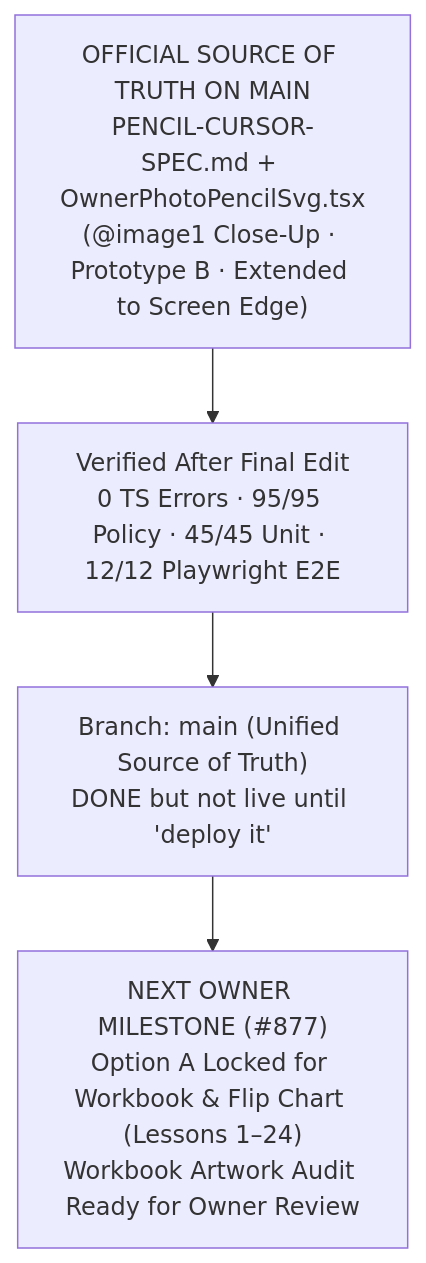
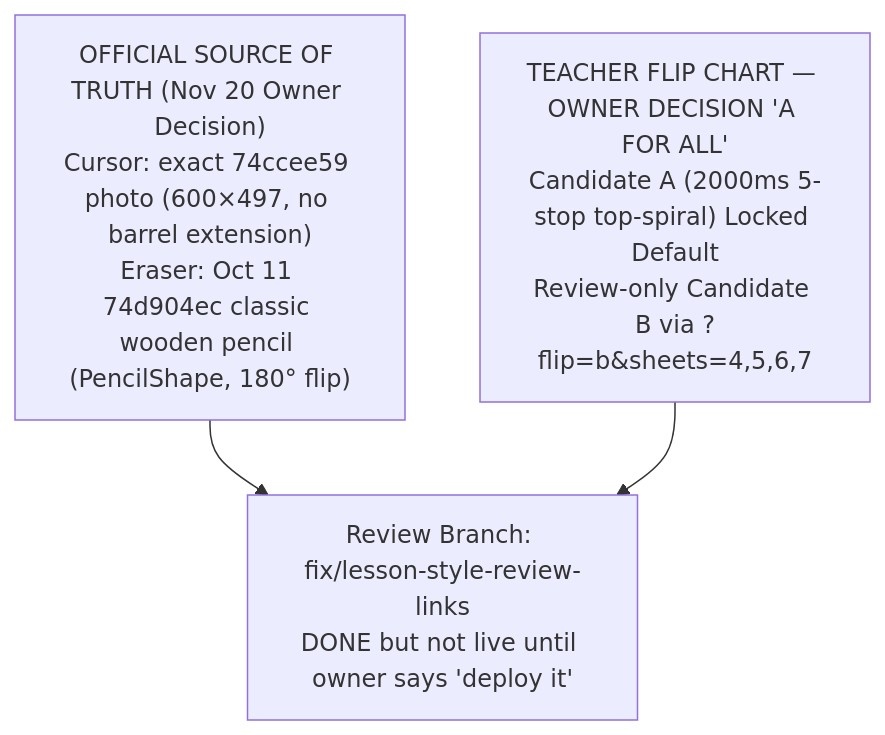
One commit to ejnburrows-rgb/cartilla-de-gretel changed the diagram in docs/OWNER-VISUAL-STATUS.md. Above: the diagram before and after it, drawn with Mermaid. The commit also changed other lines of this file and 20 other files, not shown here.

Commit message:
fix(demo-readiness): restore approved cursor pencil & classic eraser, lock Flip Chart A, and restore runtime fixes

````diff
--- a/docs/OWNER-VISUAL-STATUS.md
+++ b/docs/OWNER-VISUAL-STATUS.md
@@ -16,9 +17,9 @@
 ```mermaid
 flowchart TD
-    SPEC["OFFICIAL SOURCE OF TRUTH ON MAIN<br/>PENCIL-CURSOR-SPEC.md + OwnerPhotoPencilSvg.tsx<br/>(@image1 Close-Up · Prototype B · Extended to Screen Edge)"]
-    TEST["Verified After Final Edit<br/>0 TS Errors · 95/95 Policy · 45/45 Unit · 12/12 Playwright E2E"]
-    MAIN["Branch: main (Unified Source of Truth)<br/>DONE but not live until 'deploy it'"]
-    NEXT["NEXT OWNER MILESTONE (#877)<br/>Option A Locked for Workbook & Flip Chart (Lessons 1–24)<br/>Workbook Artwork Audit Ready for Owner Review"]
+    SPEC["OFFICIAL SOURCE OF TRUTH (Nov 20 Owner Decision)<br/>Cursor: exact 74ccee59 photo (600×497, no barrel extension)<br/>Eraser: Oct 11 74d904ec classic wooden pencil (PencilShape, 180° flip)"]
+    FC["TEACHER FLIP CHART — OWNER DECISION 'A FOR ALL'<br/>Candidate A (2000ms 5-stop top-spiral) Locked Default<br/>Review-only Candidate B via ?flip=b&sheets=4,5,6,7"]
+    MAIN["Review Branch: fix/lesson-style-review-links<br/>DONE but not live until owner says 'deploy it'"]
 
-    SPEC --> TEST --> MAIN --> NEXT
+    SPEC --> MAIN
+    FC --> MAIN
 ```
````
